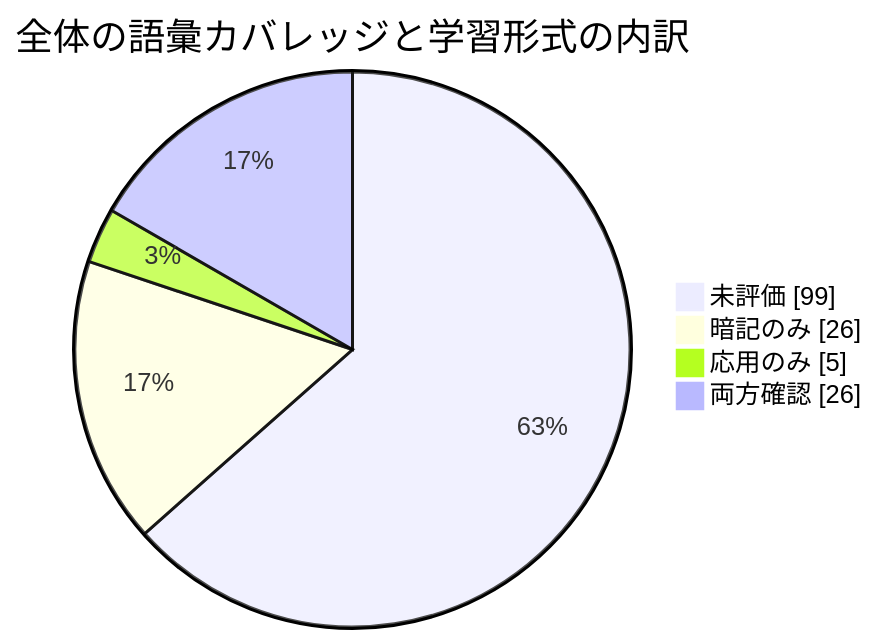
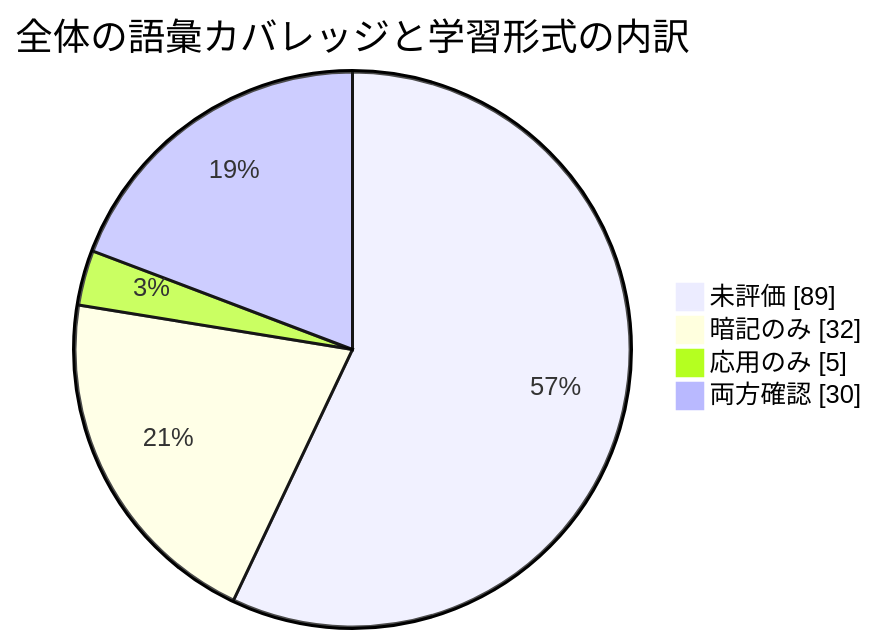
The diagram in 進捗/モチベ.md (ryusuke2003/security-specialist-study), drawn with Mermaid before and after one commit. The commit also changed other lines of this file and 17 other files, not shown here.

````diff
--- a/進捗/モチベ.md
+++ b/進捗/モチベ.md
@@ -5,8 +5,8 @@
 ```mermaid
 pie showData
     title 全体の語彙カバレッジと学習形式の内訳
-    "未評価" : 99
-    "暗記のみ" : 26
+    "未評価" : 89
+    "暗記のみ" : 32
     "応用のみ" : 5
-    "両方確認" : 26
+    "両方確認" : 30
 ```
````
